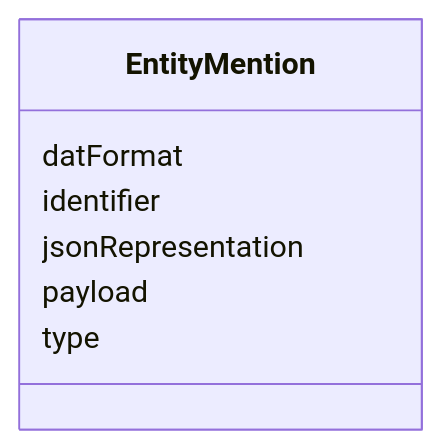
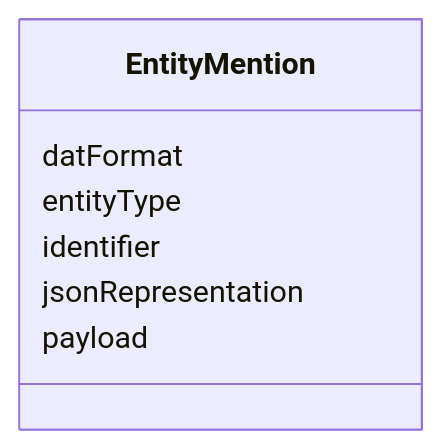
The diagram in docs/schema/EntityMention.md (OP-TED/entity-resolution-spec), drawn with Mermaid before and after one commit. The commit also changed other lines of this file and 19 other files, not shown here.

Commit message:
docs: re-generate docs from LinkML ERE schema

````diff
--- a/docs/schema/EntityMention.md
+++ b/docs/schema/EntityMention.md
@@ -26,16 +26,16 @@
 ```mermaid
  classDiagram
     class EntityMention
     click EntityMention href "../EntityMention/"
       EntityMention : datFormat
+        
+      EntityMention : entityType
         
       EntityMention : identifier
         
       EntityMention : jsonRepresentation
         
       EntityMention : payload
         
-      EntityMention : type
-        
       
 ```
````
